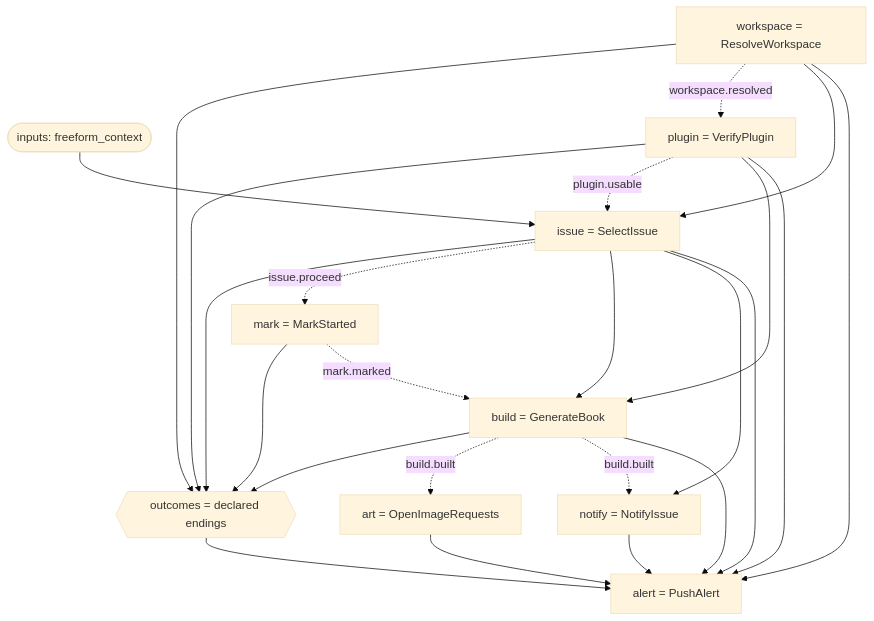
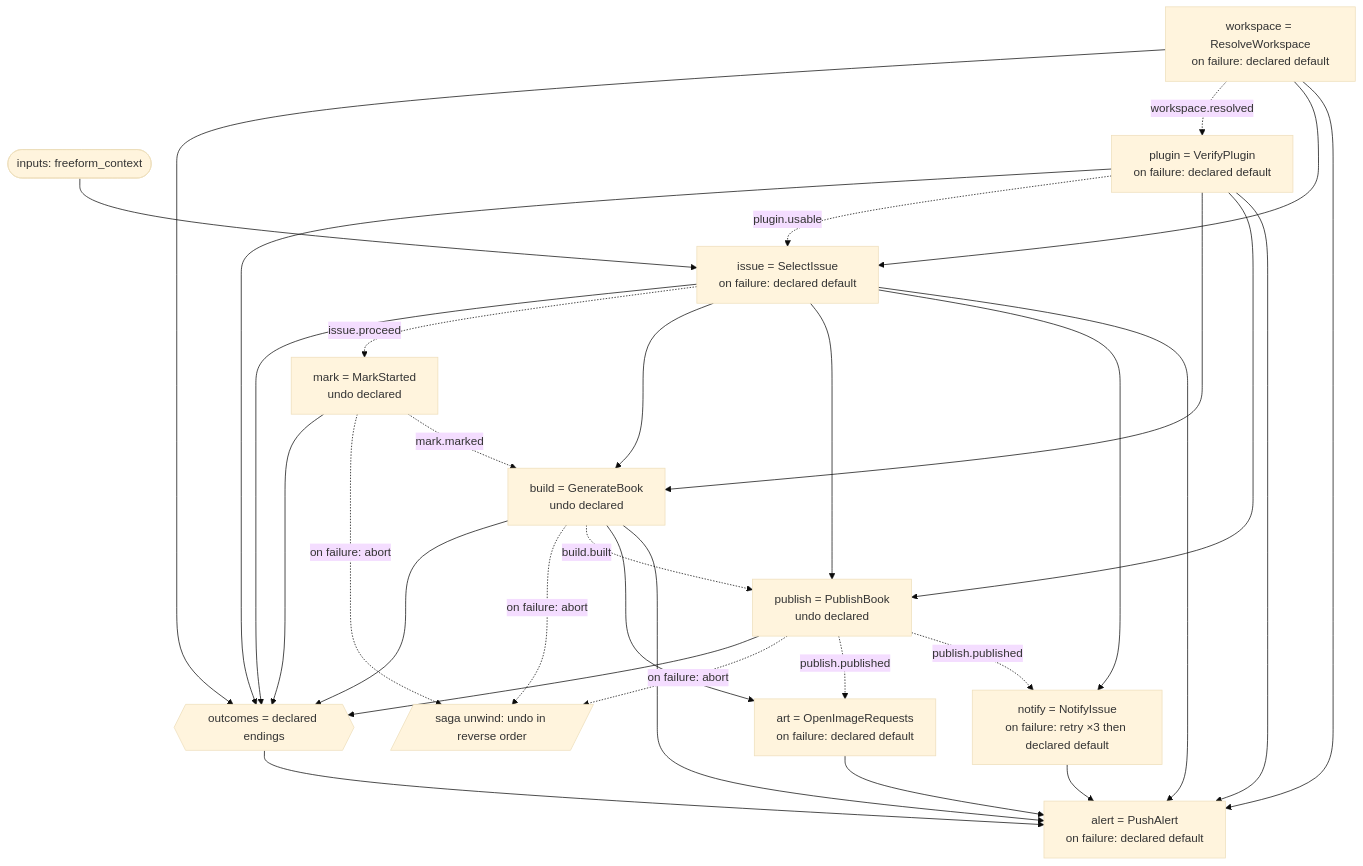
One commit to sunprema/AgentSpec changed the diagram in docs/BookBank_routine.graph.md. Above: the diagram before and after it, drawn with Mermaid (base theme). The commit also changed 14 other files, not shown here.

````diff
--- a/docs/BookBank_routine.graph.md
+++ b/docs/BookBank_routine.graph.md
@@ -5,36 +5,46 @@
 ```mermaid
 flowchart TD
     _inputs(["inputs: freeform_context"])
-    workspace["workspace = ResolveWorkspace"]
-    plugin["plugin = VerifyPlugin"]
-    issue["issue = SelectIssue"]
-    mark["mark = MarkStarted"]
-    build["build = GenerateBook"]
-    art["art = OpenImageRequests"]
-    notify["notify = NotifyIssue"]
-    alert["alert = PushAlert"]
+    workspace["workspace = ResolveWorkspace<br/>on failure: declared default"]
+    plugin["plugin = VerifyPlugin<br/>on failure: declared default"]
+    issue["issue = SelectIssue<br/>on failure: declared default"]
+    mark["mark = MarkStarted<br/>undo declared"]
+    build["build = GenerateBook<br/>undo declared"]
+    publish["publish = PublishBook<br/>undo declared"]
+    art["art = OpenImageRequests<br/>on failure: declared default"]
+    notify["notify = NotifyIssue<br/>on failure: retry ×3 then declared default"]
+    alert["alert = PushAlert<br/>on failure: declared default"]
     outcomes{{"outcomes = declared endings"}}
     build --> outcomes
     issue --> outcomes
     mark --> outcomes
     plugin --> outcomes
+    publish --> outcomes
     workspace --> outcomes
     workspace -. "workspace.resolved" .-> plugin
     _inputs --> issue
     plugin -. "plugin.usable" .-> issue
     workspace --> issue
     issue -. "issue.proceed" .-> mark
+    mark -. "on failure: abort" .-> _unwind
     issue --> build
     mark -. "mark.marked" .-> build
     plugin --> build
-    build -. "build.built" .-> art
-    build -. "build.built" .-> notify
+    build -. "on failure: abort" .-> _unwind
+    build -. "build.built" .-> publish
+    issue --> publish
+    plugin --> publish
+    publish -. "on failure: abort" .-> _unwind
+    build --> art
+    publish -. "publish.published" .-> art
     issue --> notify
+    publish -. "publish.published" .-> notify
     art --> alert
     build --> alert
     issue --> alert
     notify --> alert
     outcomes --> alert
     plugin --> alert
     workspace --> alert
+    _unwind[/"saga unwind: undo in reverse order"/]
 ```
````
